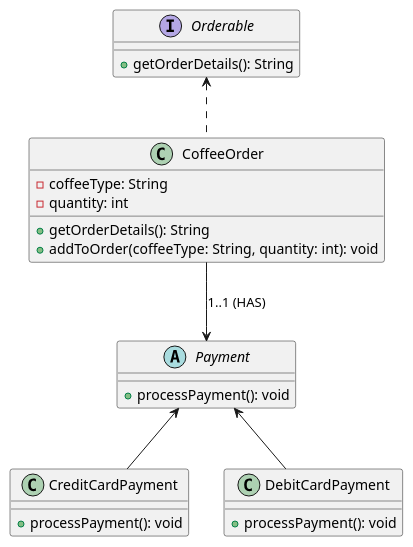
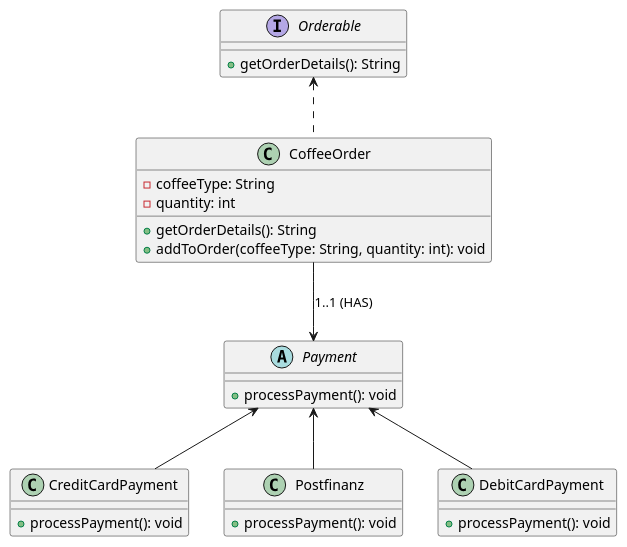
Before and after one commit to julianaivn/M320-Mi-Ju: the diagram in M3/src.ch.tbz.m320/M3.puml, drawn with PlantUML.

Commit message:
Fixed the class diagram so wouldn't be duplicated arrows

```diff
--- a/M3/src.ch.tbz.m320/M3.puml
+++ b/M3/src.ch.tbz.m320/M3.puml
@@ -1,31 +1,36 @@
 @startuml
 
 interface Orderable {
   +getOrderDetails(): String
 }
 
 abstract class Payment {
   +processPayment(): void
 }
 
 class CoffeeOrder {
   -coffeeType: String
   -quantity: int
   +getOrderDetails(): String
   +addToOrder(coffeeType: String, quantity: int): void
 }
 
 class CreditCardPayment {
   +processPayment(): void
 }
 
+class Postfinanz {
+  +processPayment(): void
+}
+
 class DebitCardPayment {
   +processPayment(): void
 }
 
 CoffeeOrder --> Payment : "1..1 (HAS)"
 Orderable <.. CoffeeOrder
 Payment <-- CreditCardPayment
 Payment <-- DebitCardPayment
+Payment <-- Postfinanz
 
 @enduml
```
